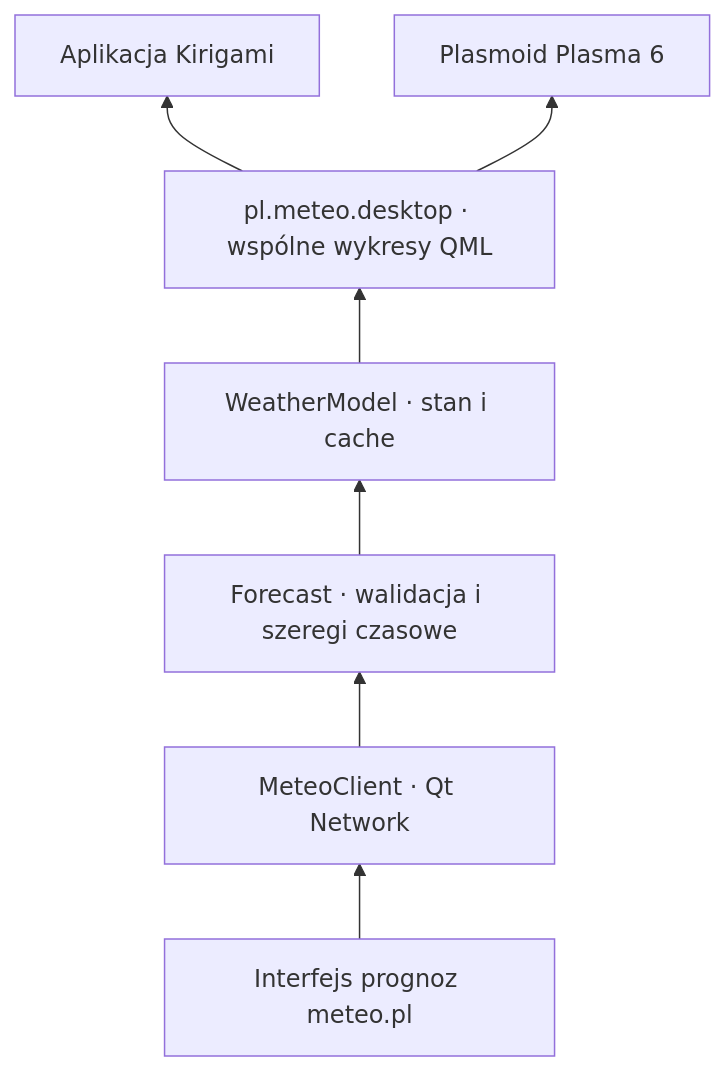
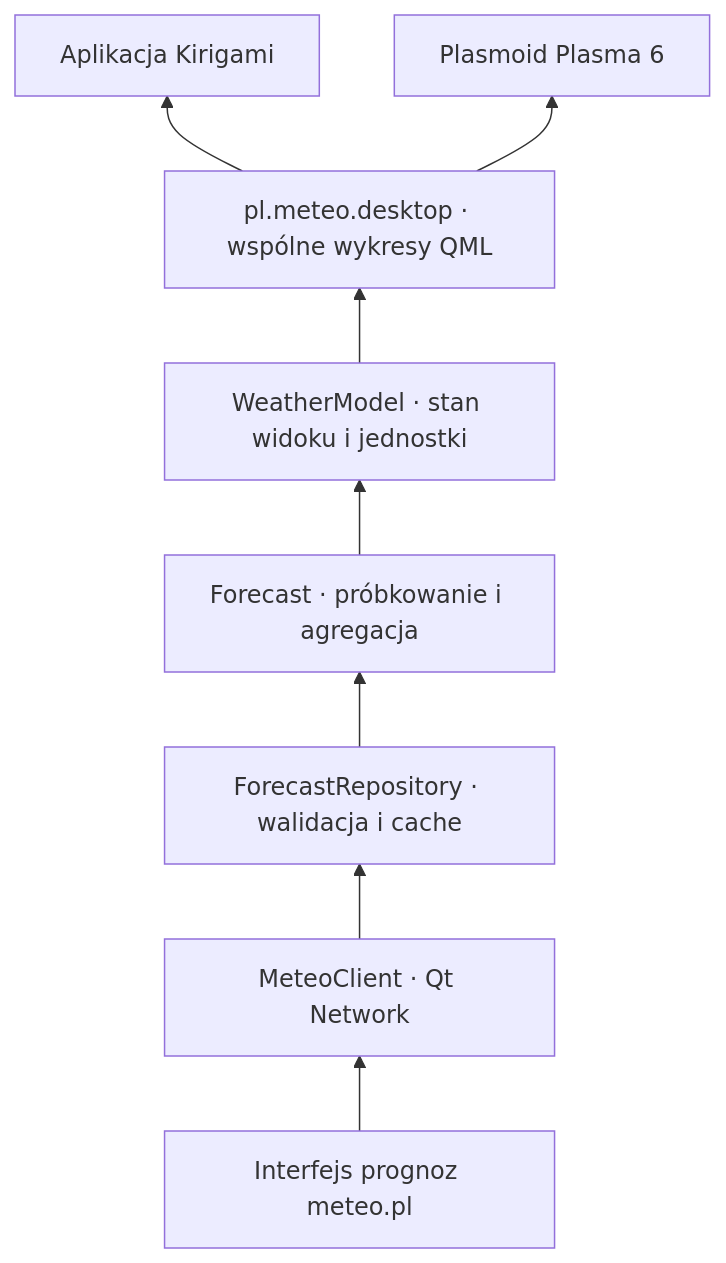
Before and after one commit to kapiwko/meteo-pl: the diagram in docs/architecture.md, drawn with Mermaid. The commit also changed other lines of this file, not shown here.

Commit message:
docs: describe data ownership cache bounds and export consistency

````diff
--- a/docs/architecture.md
+++ b/docs/architecture.md
@@ -8,9 +8,10 @@
 ```mermaid
 flowchart BT
     API[Interfejs prognoz meteo.pl] --> Network[MeteoClient · Qt Network]
-    Network --> Core[Forecast · walidacja i szeregi czasowe]
-    Core --> Model[WeatherModel · stan i cache]
+    Network --> Repository[ForecastRepository · walidacja i cache]
+    Repository --> Core[Forecast · próbkowanie i agregacja]
+    Core --> Model[WeatherModel · stan widoku i jednostki]
     Model --> QML[pl.meteo.desktop · wspólne wykresy QML]
     QML --> App[Aplikacja Kirigami]
     QML --> Plasma[Plasmoid Plasma 6]
 ```
````
